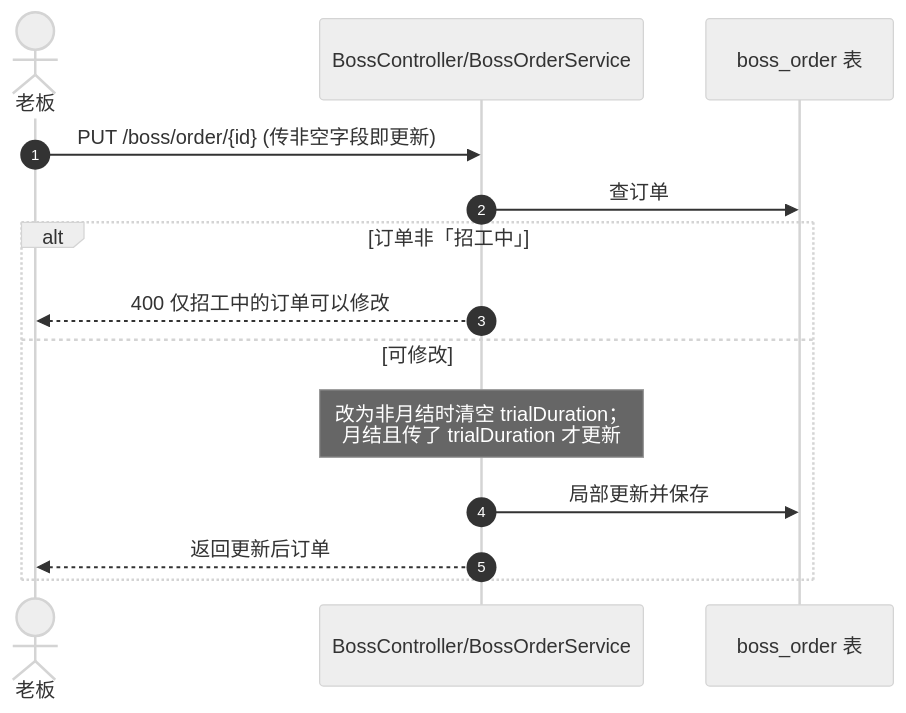
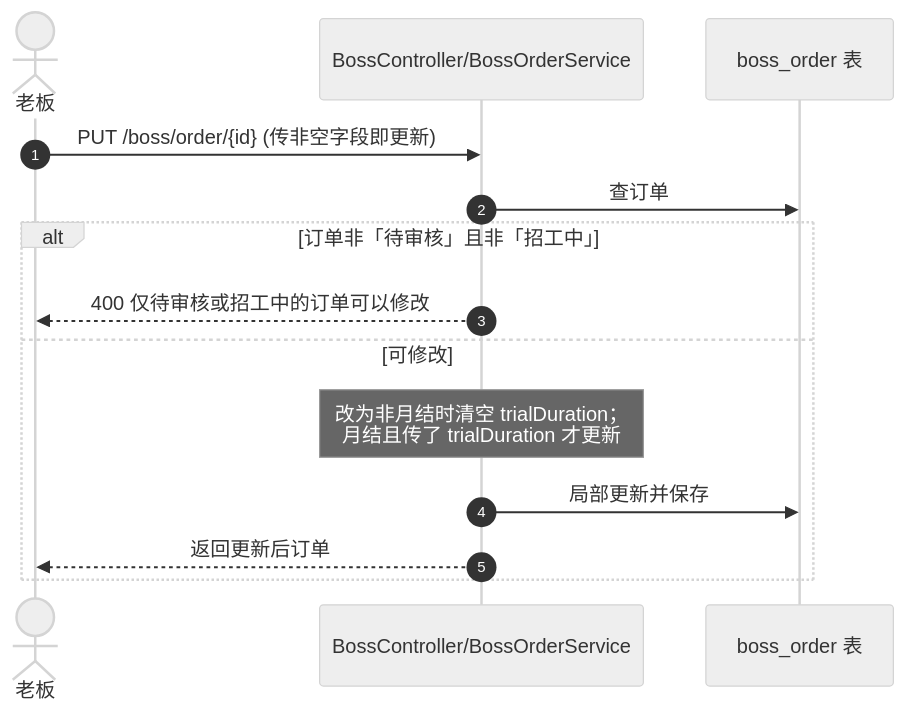
One commit to liuli-eng/Kuaima changed the sixth of 28 diagrams in kuaima_backend/FLOW.md. Above: the diagram before and after it, drawn with Mermaid (neutral theme). The commit also changed other lines of this file and 33 other files, not shown here.

````diff
--- a/kuaima_backend/FLOW.md
+++ b/kuaima_backend/FLOW.md
@@ -126,17 +173,17 @@
 ```mermaid
 sequenceDiagram
     autonumber
     actor B as 老板
     participant BE as BossController/BossOrderService
     participant DB as boss_order 表
 
     B->>BE: PUT /boss/order/{id} (传非空字段即更新)
     BE->>DB: 查订单
-    alt 订单非「招工中」
-        BE-->>B: 400 仅招工中的订单可以修改
+    alt 订单非「待审核」且非「招工中」
+        BE-->>B: 400 仅待审核或招工中的订单可以修改
     else 可修改
         Note over BE: 改为非月结时清空 trialDuration；<br/>月结且传了 trialDuration 才更新
         BE->>DB: 局部更新并保存
         BE-->>B: 返回更新后订单
     end
 ```
````
